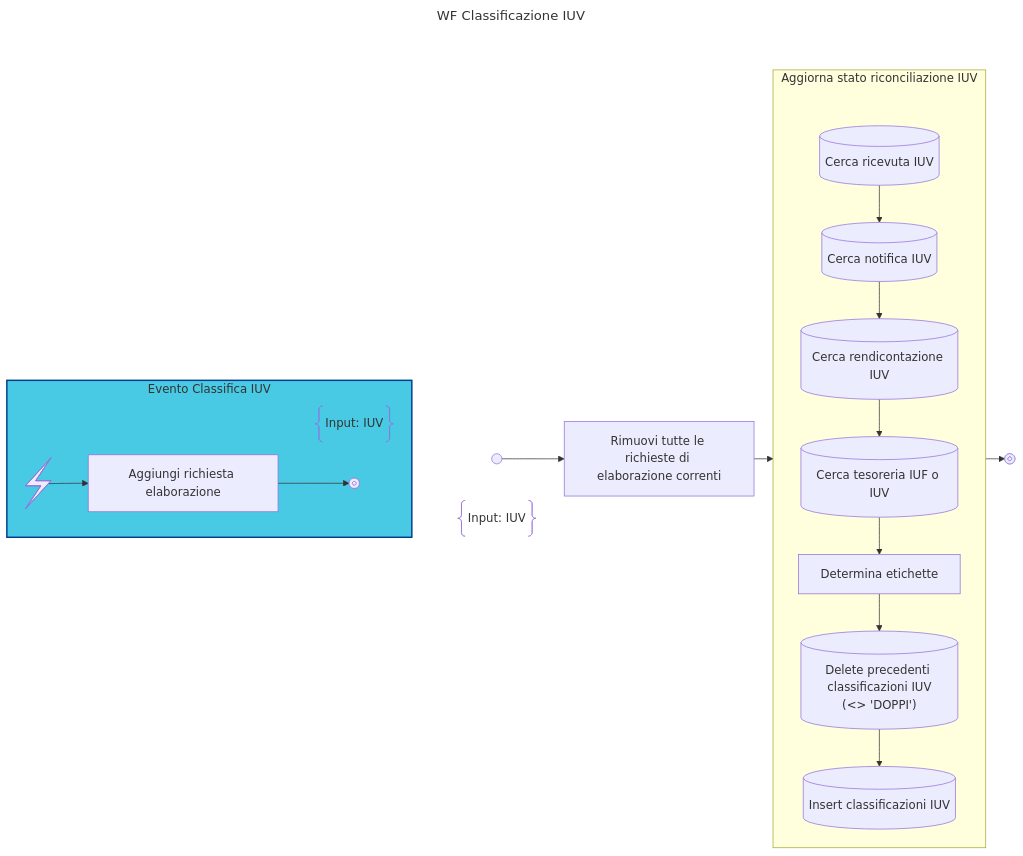
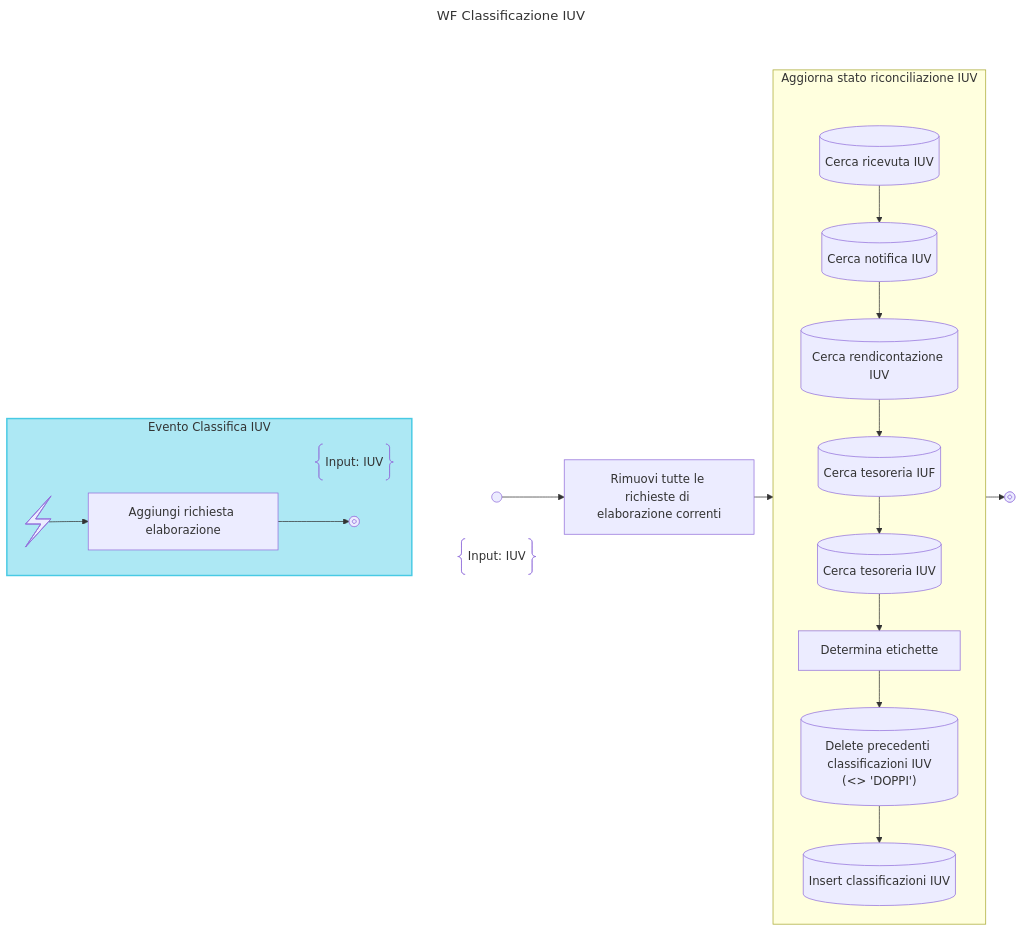
One commit to pagopa/p4pa-doc changed the diagram in design/workflow/classificazioneIncassi/classificazioneIuv.mmd. Above: the diagram before and after it, drawn with Mermaid. The commit also changed 18 other files, not shown here.

```diff
--- a/design/workflow/classificazioneIncassi/classificazioneIuv.mmd
+++ b/design/workflow/classificazioneIncassi/classificazioneIuv.mmd
@@ -1,57 +1,58 @@
 ---
 title: WF Classificazione IUV
 config:
     flowchart:
         rankSpacing: 1
 ---
 flowchart TD
     subgraph WF_BLOCK
         subgraph NOTE_START_BLOCK
             DESCRIPTION@{ shape: braces, label: "Input: IUV" }
             START@{shape: start}
         end
         class NOTE_START_BLOCK hidden
 
         START -->
         REMOVE_ELAB_REQUESTS["Rimuovi tutte le richieste di elaborazione correnti"] -->
         CLASSIFY_IUV
 
         subgraph CLASSIFY_IUV["Aggiorna stato riconciliazione IUV"]
         direction TB
             DUMMY:::hidden --> FIND_RT
             linkStyle 2 display:none
 
             FIND_RT@{shape: database, label: "Cerca ricevuta IUV"} -->
             FIND_RT_NOTIFIED@{shape: database, label: "Cerca notifica IUV"} -->
             FIND_REND@{shape: database, label: "Cerca rendicontazione IUV"} -->
-            FIND_TES@{shape: database, label: "Cerca tesoreria IUF o IUV"} -->
+            FIND_TES_IUF@{shape: database, label: "Cerca tesoreria IUF"} -->
+            FIND_TES_IUV@{shape: database, label: "Cerca tesoreria IUV"} -->
             CLASSIFY["Determina etichette"] -->
             DELETE_PREVIOUS@{shape: database, label: "Delete precedenti classificazioni IUV<BR />(<> 'DOPPI')"} -->
             INSERT_NEW@{shape: database, label: "Insert classificazioni IUV"}
 
         end
 
        CLASSIFY_IUV --> END@{shape: stop}
     end
 
     class WF_BLOCK hidden
 
     subgraph SIGNALS_BLOCK
     direction LR
 
         subgraph SIGNAL_IUV_BLOCK["Evento Classifica IUV"]
         direction LR
             DESCRIPTION_SIGNAL_IUV@{ shape: braces, label: "Input: IUV" }
             SIGNAL_IUV@{ shape: bolt } -->
             ADD_SIGNAL_IUV["Aggiungi richiesta elaborazione"] -->
             SIGNAL_IUV_END@{ shape: "stop" }
         end
         class SIGNAL_IUV_BLOCK signal_block
     end
     class SIGNALS_BLOCK hidden
 
     classDef note_block display:none;
     classDef hidden display:none;
     classDef activity fill:#FFFFE0, stroke:#ffc300, stroke-width:2px;
     classDef loop fill:#CCFFCC, stroke:#7FBF7F, stroke-width:2px, padding-bottom: 5px;
-    classDef signal_block fill:#48cae4, stroke:#023e8a, stroke-width:2px
+    classDef signal_block fill:#ade8f4, stroke:#48cae4, stroke-width:2px
```
